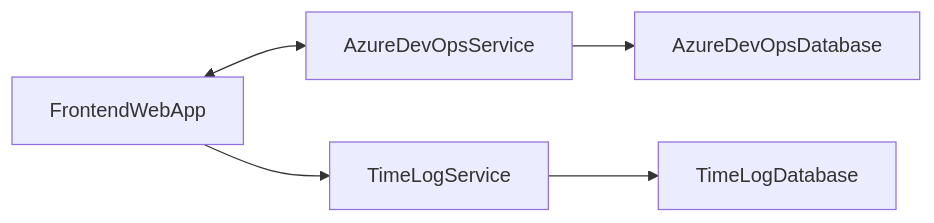
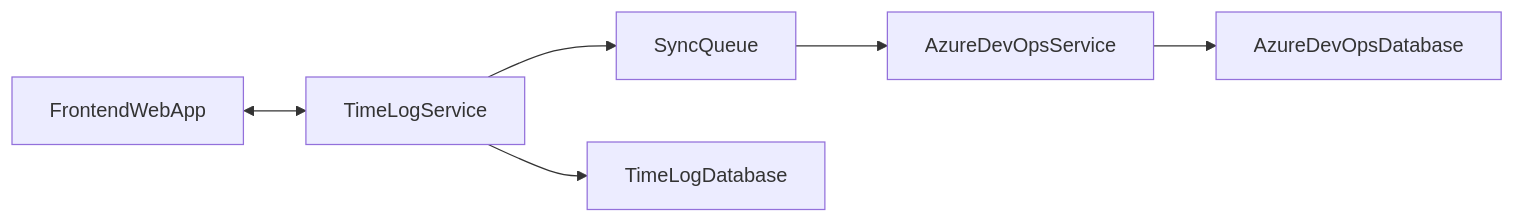
The diagram in README.md (TunNetCom/TunNetCom-AionTime), drawn with Mermaid before and after one commit. The commit also changed other lines of this file, not shown here.

````diff
--- a/README.md
+++ b/README.md
@@ -42,8 +13,9 @@
 ```mermaid
 flowchart LR;
-    FrontendWebApp <--> AzureDevOpsService;
-    FrontendWebApp --> TimeLogService;
+    FrontendWebApp <--> TimeLogService;
+    TimeLogService --> SyncQueue
+    SyncQueue --> AzureDevOpsService
     AzureDevOpsService --> AzureDevOpsDatabase;
     TimeLogService --> TimeLogDatabase;
 
 ```
````
